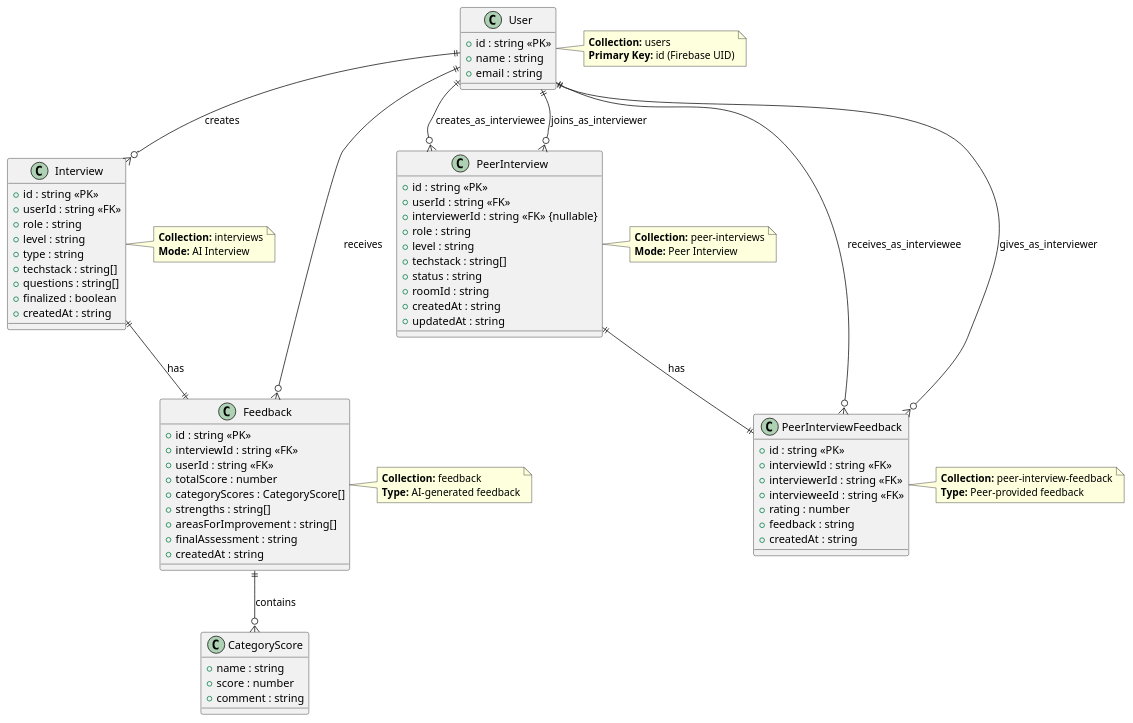
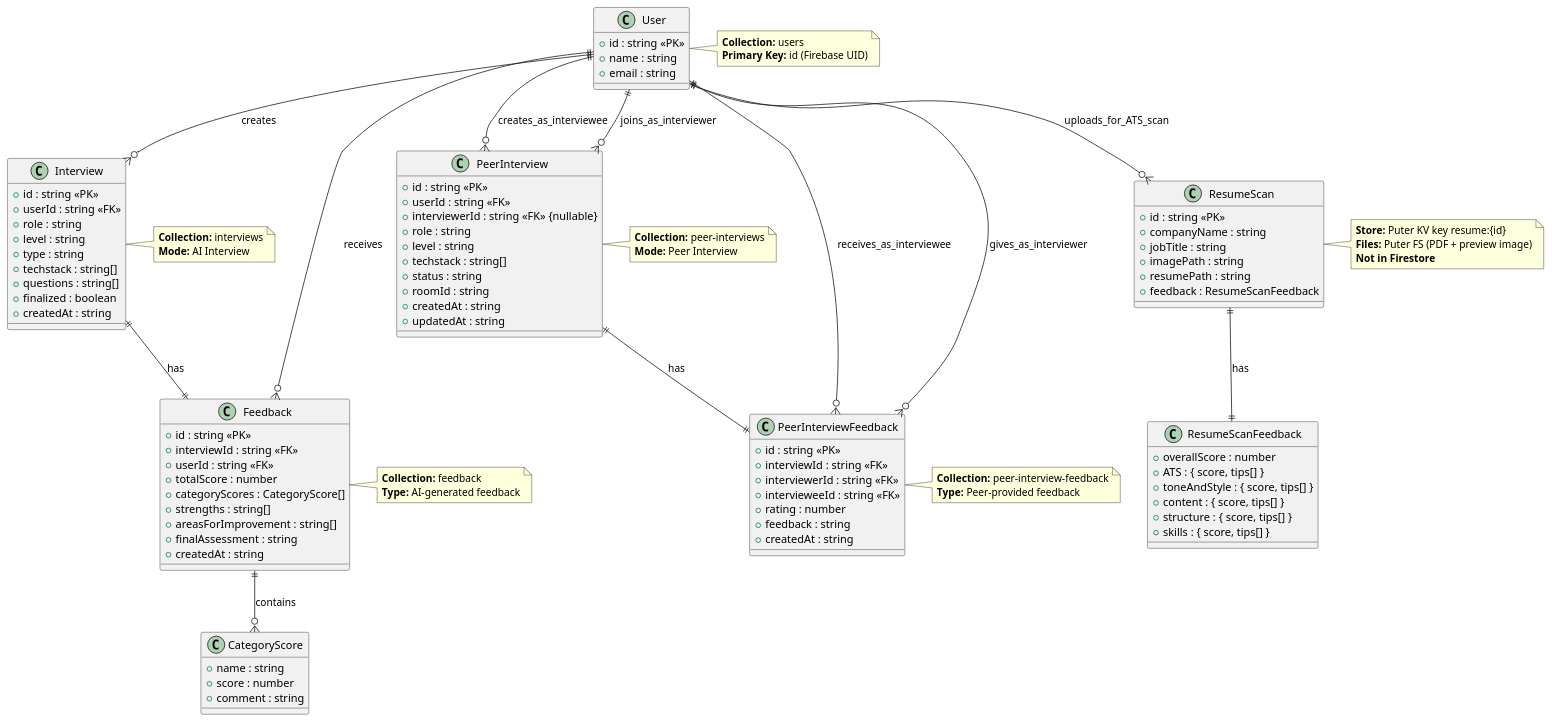
One commit to thoofik/careersync-ai changed the first of 9 diagrams in ER_DIAGRAM.md. Above: the diagram before and after it, drawn with PlantUML. The commit also changed other lines of this file, not shown here.

Commit message:
Document resume scanning (Puter KV/FS) in the ER diagram.

````diff
--- a/ER_DIAGRAM.md
+++ b/ER_DIAGRAM.md
@@ -68,15 +68,35 @@
   + comment : string
 }
 
+class ResumeScan {
+  + id : string <<PK>>
+  + companyName : string
+  + jobTitle : string
+  + imagePath : string
+  + resumePath : string
+  + feedback : ResumeScanFeedback
+}
+
+class ResumeScanFeedback {
+  + overallScore : number
+  + ATS : { score, tips[] }
+  + toneAndStyle : { score, tips[] }
+  + content : { score, tips[] }
+  + structure : { score, tips[] }
+  + skills : { score, tips[] }
+}
+
 User ||--o{ Interview : creates
 User ||--o{ PeerInterview : creates_as_interviewee
 User ||--o{ PeerInterview : joins_as_interviewer
 User ||--o{ Feedback : receives
 User ||--o{ PeerInterviewFeedback : receives_as_interviewee
 User ||--o{ PeerInterviewFeedback : gives_as_interviewer
+User ||--o{ ResumeScan : uploads_for_ATS_scan
 
 Interview ||--|| Feedback : has
 PeerInterview ||--|| PeerInterviewFeedback : has
+ResumeScan ||--|| ResumeScanFeedback : has
 
 Feedback ||--o{ CategoryScore : contains
 
@@ -105,5 +125,11 @@
   **Type:** Peer-provided feedback
 end note
 
+note right of ResumeScan
+  **Store:** Puter KV key resume:{id}
+  **Files:** Puter FS (PDF + preview image)
+  **Not in Firestore**
+end note
+
 @enduml
 ```
````
